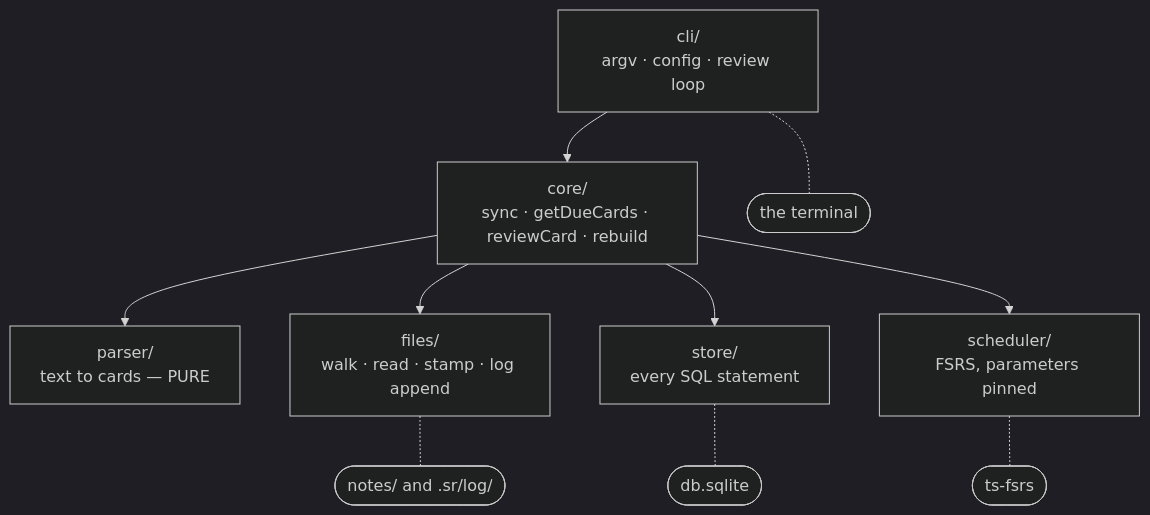
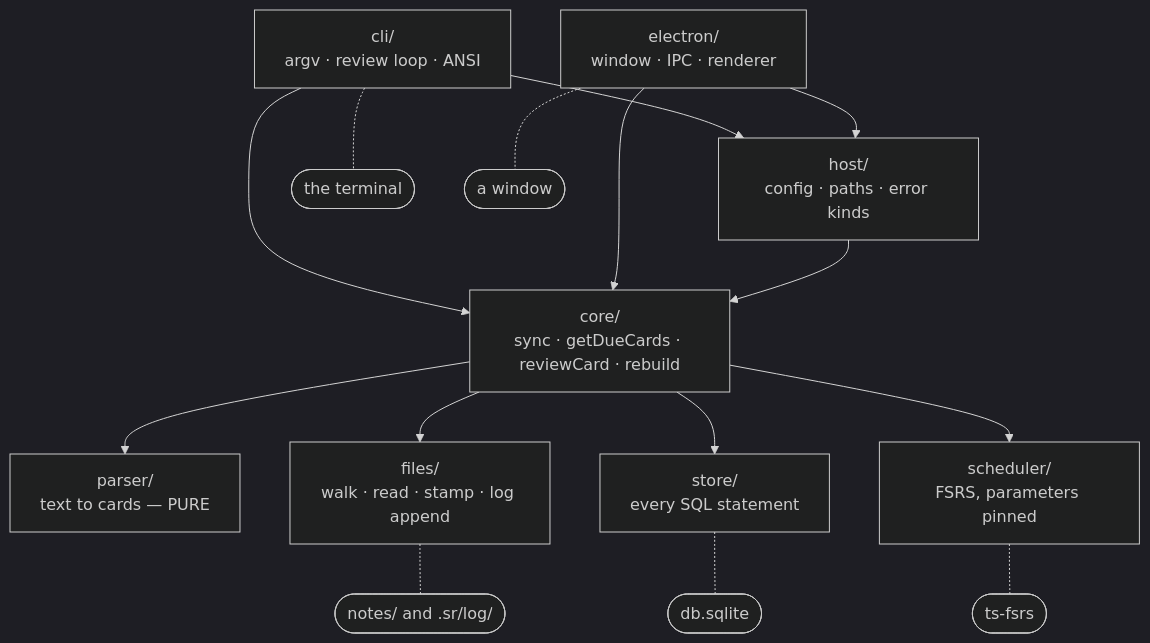
One commit to T1Fleming/GeodeMd changed the diagram in docs/design/module-map.md. Above: the diagram before and after it, drawn with Mermaid (dark theme). The commit also changed other lines of this file and 13 other files, not shown here.

````diff
--- a/docs/design/module-map.md
+++ b/docs/design/module-map.md
@@ -7,25 +7,33 @@
 ```mermaid
 flowchart TD
-    cli["cli/<br/>argv · config · review loop"]
+    cli["cli/<br/>argv · review loop · ANSI"]
+    electron["electron/<br/>window · IPC · renderer"]
+    host["host/<br/>config · paths · error kinds"]
     core["core/<br/>sync · getDueCards · reviewCard · rebuild"]
     parser["parser/<br/>text to cards — PURE"]
     files["files/<br/>walk · read · stamp · log append"]
     store["store/<br/>every SQL statement"]
     sched["scheduler/<br/>FSRS, parameters pinned"]
 
     term(["the terminal"])
+    gui(["a window"])
     disk(["notes/ and .sr/log/"])
     sqlite(["db.sqlite"])
     tsfsrs(["ts-fsrs"])
 
+    cli --> host
+    electron --> host
     cli --> core
+    electron --> core
+    host --> core
     core --> parser
     core --> files
     core --> store
     core --> sched
 
     cli -.- term
+    electron -.- gui
     files -.- disk
     store -.- sqlite
     sched -.- tsfsrs
 ```
````
